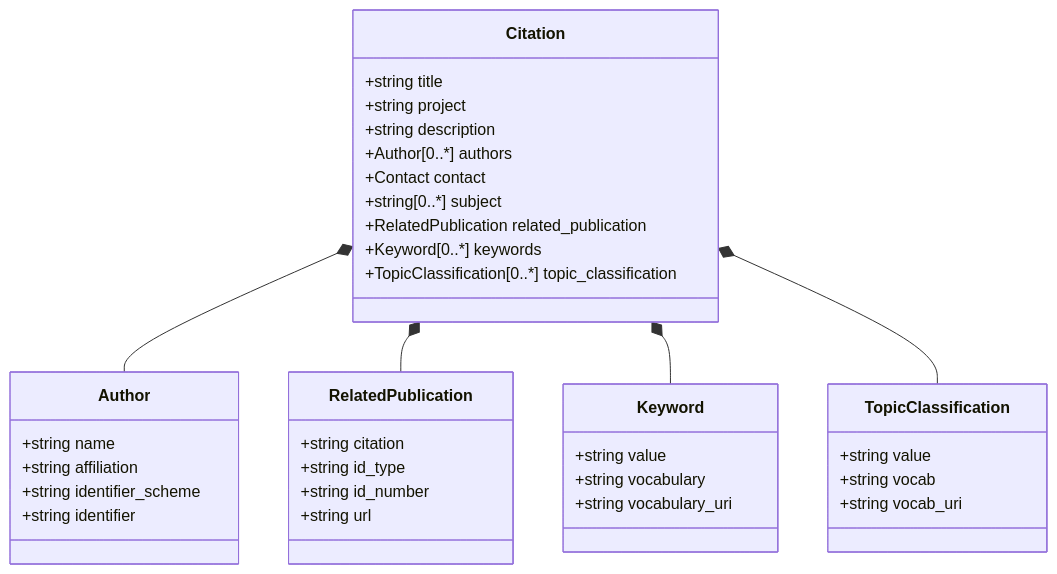
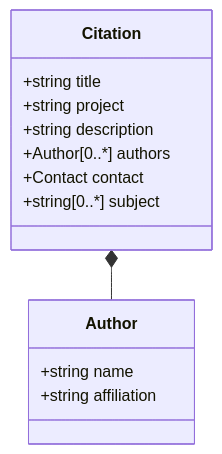
The diagram in FAIRDaRUS/schemes/fairdarus_schema.md (FAIRChemistry/FAIRDaRUS), drawn with Mermaid before and after one commit. The commit also changed 4 other files, not shown here.

````diff
--- a/FAIRDaRUS/schemes/fairdarus_schema.md
+++ b/FAIRDaRUS/schemes/fairdarus_schema.md
@@ -1,46 +1,19 @@
 ```mermaid
 classDiagram
     Citation *-- Author
-    Citation *-- RelatedPublication
-    Citation *-- Keyword
-    Citation *-- TopicClassification
     
     class Citation {
         +string title
         +string project
         +string description
         +Author[0..*] authors
         +Contact contact
         +string[0..*] subject
-        +RelatedPublication related_publication
-        +Keyword[0..*] keywords
-        +TopicClassification[0..*] topic_classification
     }
     
     class Author {
         +string name
         +string affiliation
-        +string identifier_scheme
-        +string identifier
-    }
-    
-    class RelatedPublication {
-        +string citation
-        +string id_type
-        +string id_number
-        +string url
-    }
-    
-    class Keyword {
-        +string value
-        +string vocabulary
-        +string vocabulary_uri
-    }
-    
-    class TopicClassification {
-        +string value
-        +string vocab
-        +string vocab_uri
     }
     
 ```
````
